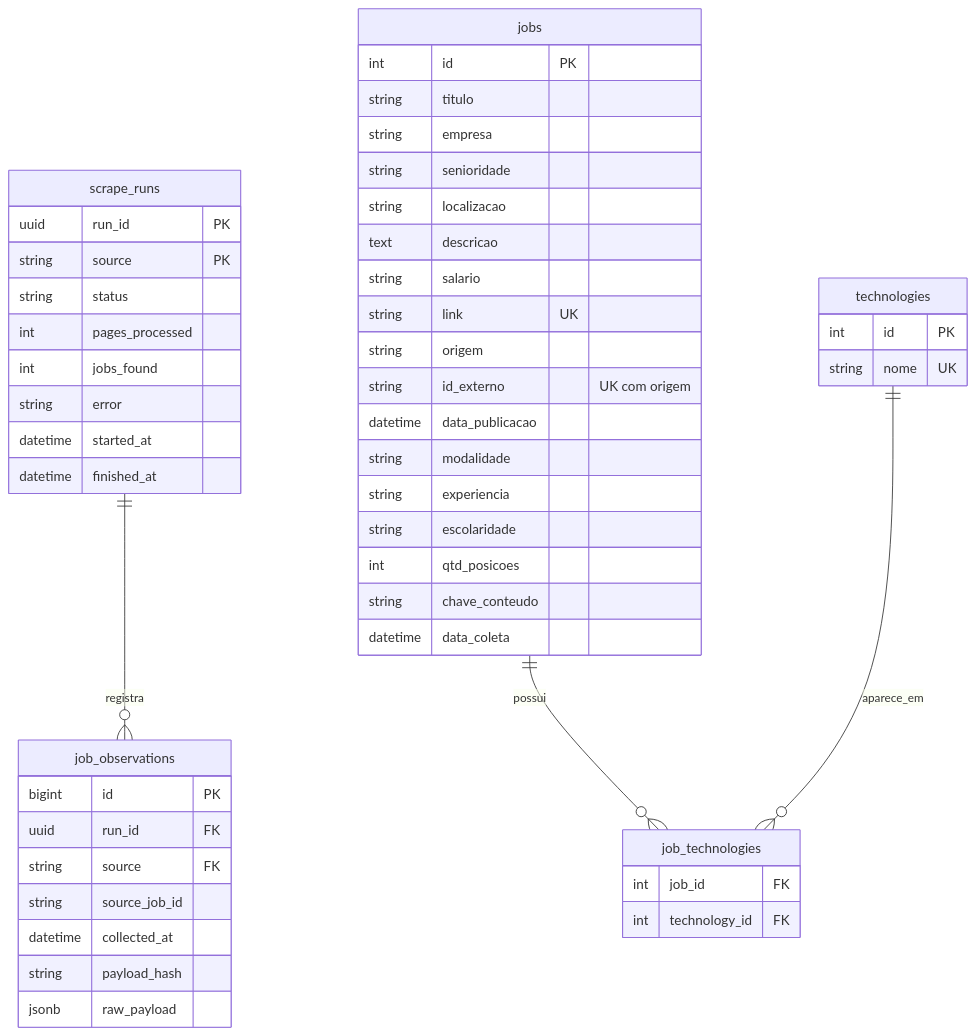
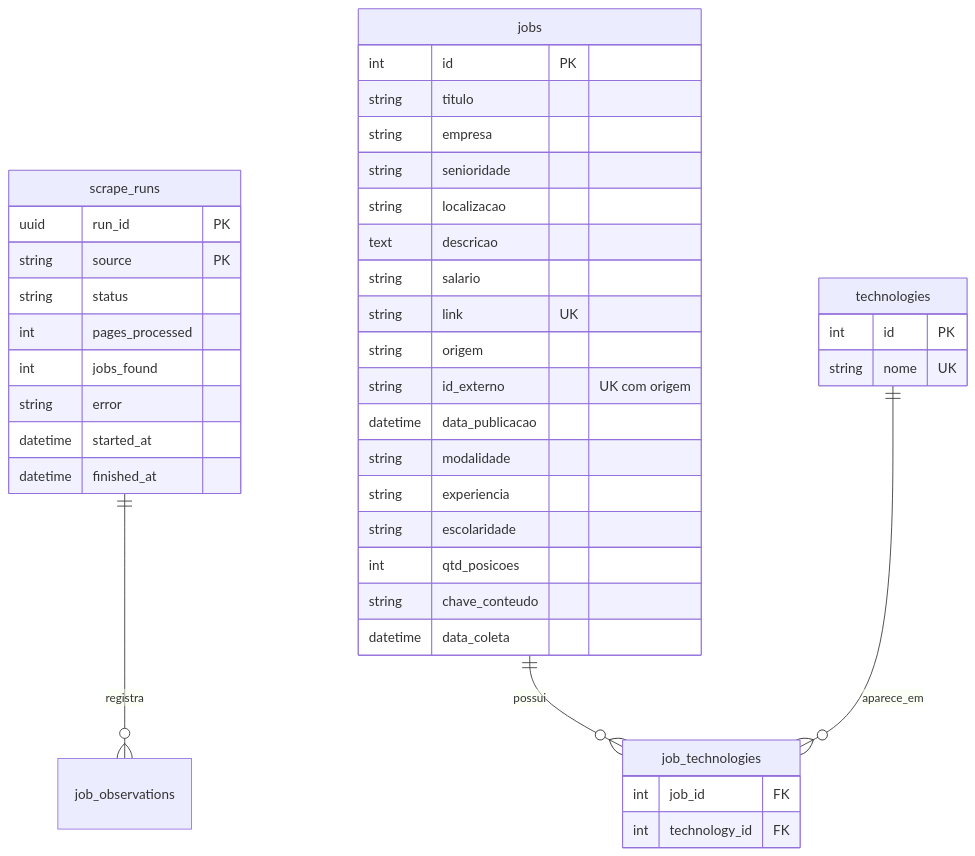
Before and after one commit to Willian-Cruz/hub_vagas: the second of 3 diagrams in README.md, drawn with Mermaid. The commit also changed other lines of this file and 15 other files, not shown here.

````diff
--- a/README.md
+++ b/README.md
@@ -46,52 +55,43 @@
 ```mermaid
 erDiagram
     scrape_runs ||--o{ job_observations : registra
     scrape_runs {
         uuid run_id PK
         string source PK
         string status
         int pages_processed
         int jobs_found
         string error
         datetime started_at
         datetime finished_at
-    }
-    job_observations {
-        bigint id PK
-        uuid run_id FK
-        string source FK
-        string source_job_id
-        datetime collected_at
-        string payload_hash
-        jsonb raw_payload
     }
     jobs ||--o{ job_technologies : possui
     technologies ||--o{ job_technologies : aparece_em
     jobs {
         int id PK
         string titulo
         string empresa
         string senioridade
         string localizacao
         text descricao
         string salario
         string link UK
         string origem
         string id_externo "UK com origem"
         datetime data_publicacao
         string modalidade
         string experiencia
         string escolaridade
         int qtd_posicoes
         string chave_conteudo
         datetime data_coleta
     }
     technologies {
         int id PK
         string nome UK
     }
     job_technologies {
         int job_id FK
         int technology_id FK
     }
 ```
````
